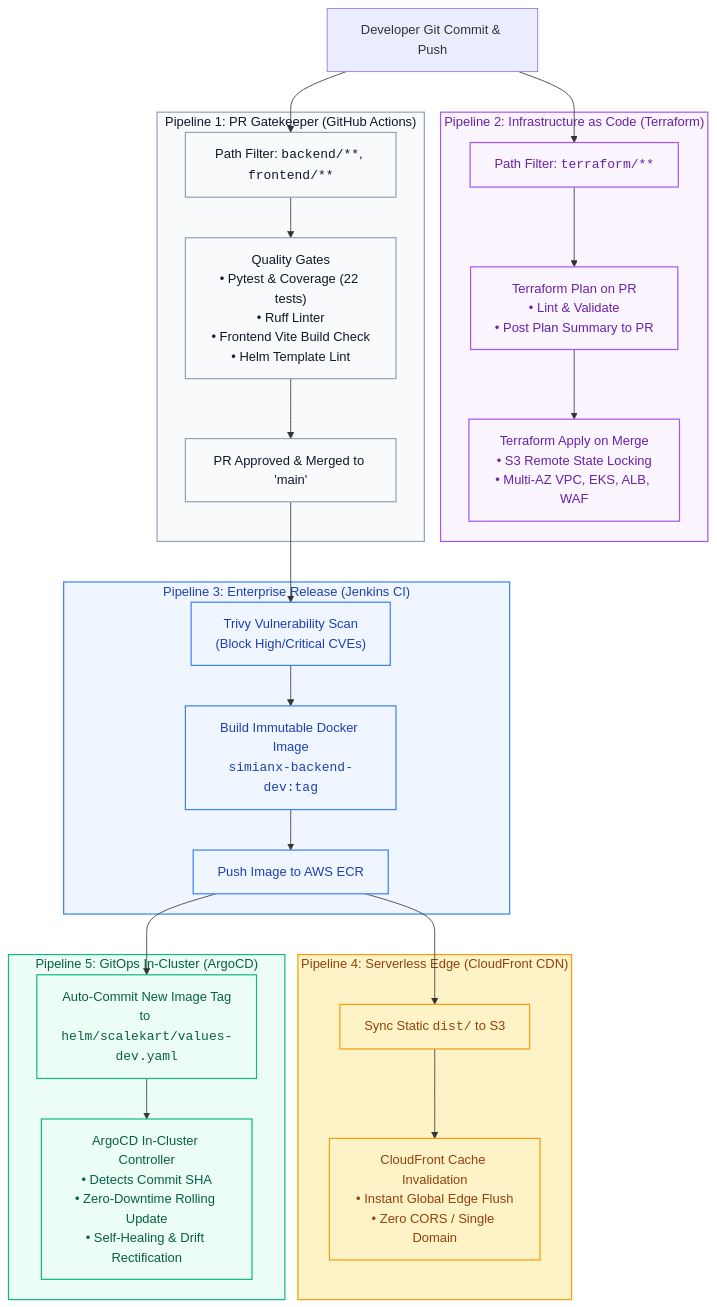
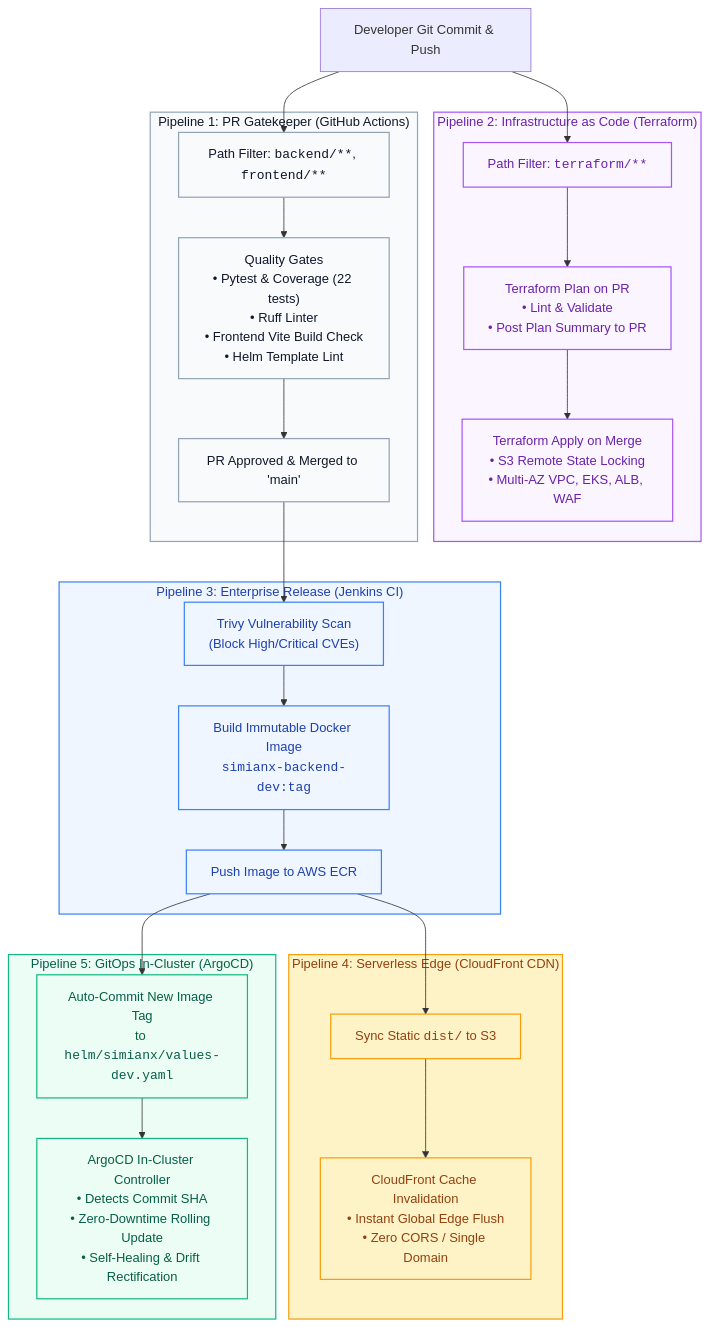
One commit to PrinceSah09/simianX changed the first of 3 diagrams in docs/DEPLOYMENT_PIPELINE_ARCHITECTURE.md. Above: the diagram before and after it, drawn with Mermaid. The commit also changed other lines of this file and 47 other files, not shown here.

````diff
--- a/docs/DEPLOYMENT_PIPELINE_ARCHITECTURE.md
+++ b/docs/DEPLOYMENT_PIPELINE_ARCHITECTURE.md
@@ -50,45 +50,45 @@
 ```mermaid
 flowchart TD
     Commit["Developer Git Commit & Push"]
 
     subgraph IaCPipeline["Pipeline 2: Infrastructure as Code (Terraform)"]
         TfDetect["Path Filter: <code>terraform/**</code>"] --> TfPlan["Terraform Plan on PR<br/>• Lint & Validate<br/>• Post Plan Summary to PR"]
         TfPlan --> TfApply["Terraform Apply on Merge<br/>• S3 Remote State Locking<br/>• Multi-AZ VPC, EKS, ALB, WAF"]
     end
 
     subgraph AppPipeline["Pipeline 1: PR Gatekeeper (GitHub Actions)"]
         AppDetect["Path Filter: <code>backend/**</code>, <code>frontend/**</code>"] --> Tests["Quality Gates<br/>• Pytest & Coverage (22 tests)<br/>• Ruff Linter<br/>• Frontend Vite Build Check<br/>• Helm Template Lint"]
         Tests --> PRMerged["PR Approved & Merged to 'main'"]
     end
 
     subgraph CIPipeline["Pipeline 3: Enterprise Release (Jenkins CI)"]
         PRMerged --> Scan["Trivy Vulnerability Scan<br/>(Block High/Critical CVEs)"]
         Scan --> BuildBE["Build Immutable Docker Image<br/><code>simianx-backend-dev:tag</code>"]
         BuildBE --> PushECR["Push Image to AWS ECR"]
     end
 
     subgraph EdgePipeline["Pipeline 4: Serverless Edge (CloudFront CDN)"]
         PushECR --> S3Sync["Sync Static <code>dist/</code> to S3"]
         S3Sync --> CFInvalidate["CloudFront Cache Invalidation<br/>• Instant Global Edge Flush<br/>• Zero CORS / Single Domain"]
     end
 
     subgraph GitOpsPipeline["Pipeline 5: GitOps In-Cluster (ArgoCD)"]
-        PushECR --> AutoCommit["Auto-Commit New Image Tag<br/>to <code>helm/scalekart/values-dev.yaml</code>"]
+        PushECR --> AutoCommit["Auto-Commit New Image Tag<br/>to <code>helm/simianx/values-dev.yaml</code>"]
         AutoCommit --> ArgoReconcile["ArgoCD In-Cluster Controller<br/>• Detects Commit SHA<br/>• Zero-Downtime Rolling Update<br/>• Self-Healing & Drift Rectification"]
     end
 
     Commit --> TfDetect
     Commit --> AppDetect
 
     classDef dev fill:#f8fafc,stroke:#94a3b8,stroke-width:1.5px,color:#0f172a;
     classDef tf fill:#faf5ff,stroke:#a855f7,stroke-width:1.5px,color:#6b21a8;
     classDef ci fill:#eff6ff,stroke:#3b82f6,stroke-width:1.5px,color:#1e40af;
     classDef edge fill:#fef3c7,stroke:#f59e0b,stroke-width:1.5px,color:#92400e;
     classDef cd fill:#ecfdf5,stroke:#10b981,stroke-width:1.5px,color:#065f46;
 
     class AppPipeline,AppDetect,Tests,PRMerged dev;
     class IaCPipeline,TfDetect,TfPlan,TfApply tf;
     class CIPipeline,Scan,BuildBE,PushECR ci;
     class EdgePipeline,S3Sync,CFInvalidate edge;
     class GitOpsPipeline,AutoCommit,ArgoReconcile cd;
 ```
````
